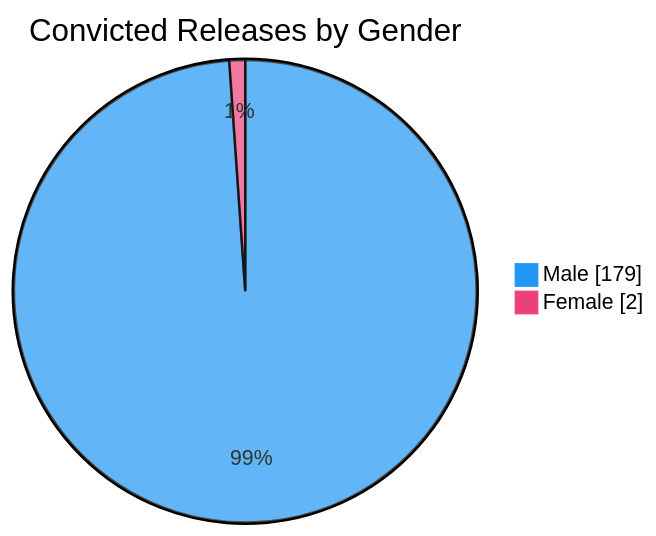
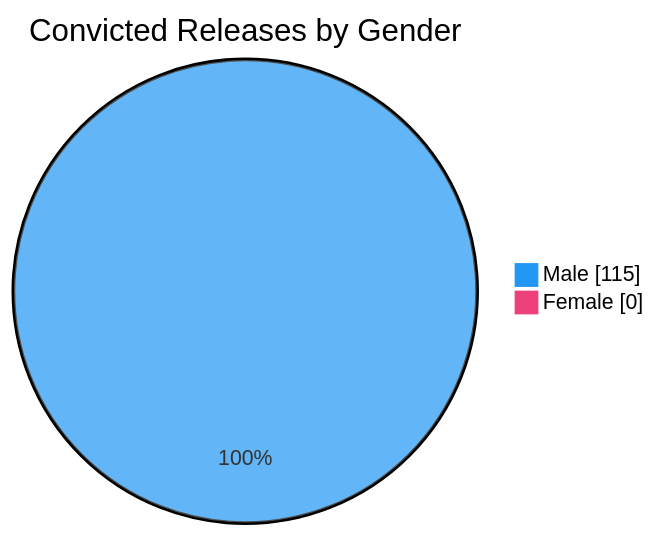
Before and after one commit to nuuuwan/lk_prisons: the sixth of 7 diagrams in README.md, drawn with Mermaid. The commit also changed other lines of this file and 1 other file, not shown here.

````diff
--- a/README.md
+++ b/README.md
@@ -98,6 +98,6 @@
 ```mermaid
 %%{init: {'themeVariables': {'pie1': '#2196F3', 'pie2': '#EC407A'}}}%%
 pie showData title Convicted Releases by Gender
-    "Male" : 179
-    "Female" : 2
+    "Male" : 115
+    "Female" : 0
 ```
````
